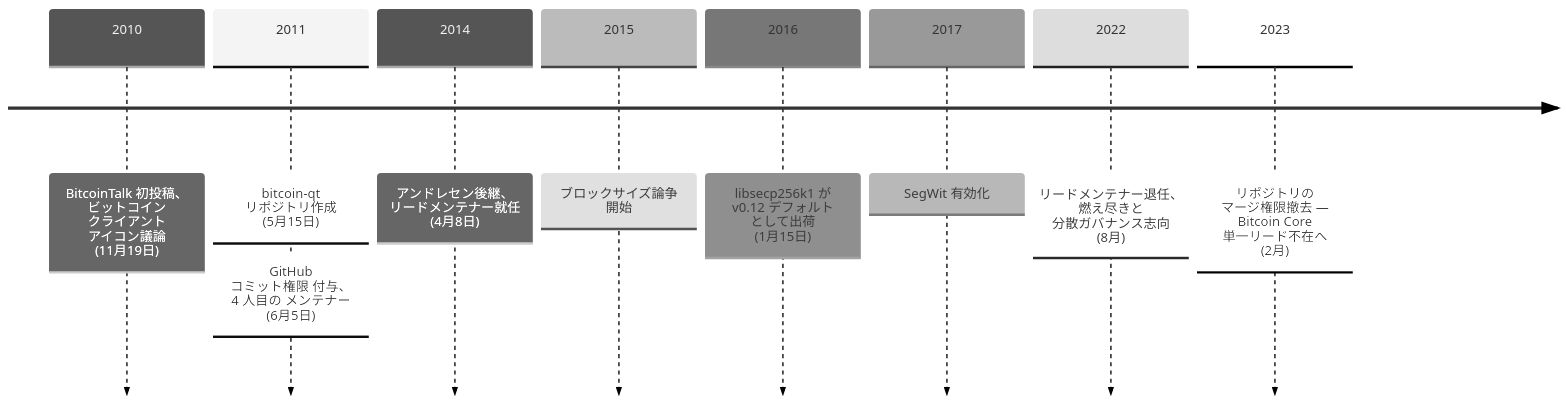
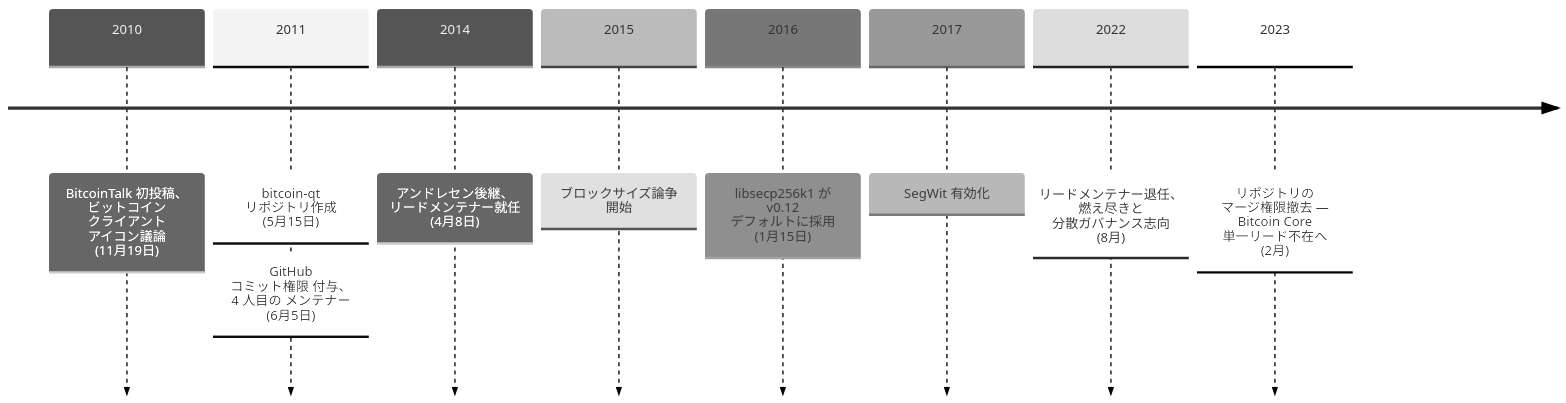
Before and after one commit to cypher256/BitcoinArchive: the diagram in src/data/translations/ja/aftermath/2010-11-19-wladimir-van-der-laan-biography.md, drawn with Mermaid (neutral theme). The commit also changed 18 other files, not shown here.

````diff
--- a/src/data/translations/ja/aftermath/2010-11-19-wladimir-van-der-laan-biography.md
+++ b/src/data/translations/ja/aftermath/2010-11-19-wladimir-van-der-laan-biography.md
@@ -36,14 +36,14 @@
 ```mermaid
 timeline
     2010 : BitcoinTalk 初投稿、 ビットコイン クライアント アイコン議論 (11月19日)
     %% link: /BitcoinArchive/ja/entries/forum/bitcointalk/topic-64/2010-11-19-laanwj-msg22887/
     2011 : bitcoin-qt リポジトリ作成 (5月15日)
          : GitHub コミット権限 付与、 4 人目の メンテナー (6月5日)
     2014 : アンドレセン後継、 リードメンテナー就任 (4月8日)
     2015 : ブロックサイズ論争 開始
-    2016 : libsecp256k1 が v0.12 デフォルト として出荷 (1月15日)
+    2016 : libsecp256k1 が v0.12 デフォルトに採用 (1月15日)
     %% link: /BitcoinArchive/ja/entries/aftermath/2016-01-15-libsecp256k1-replaces-openssl-bitcoin-core-v012/
     2017 : SegWit 有効化
     2022 : リードメンテナー退任、 燃え尽きと 分散ガバナンス志向 (8月)
     2023 : リポジトリの マージ権限撤去 — Bitcoin Core 単一リード不在へ (2月)
 ```
````
